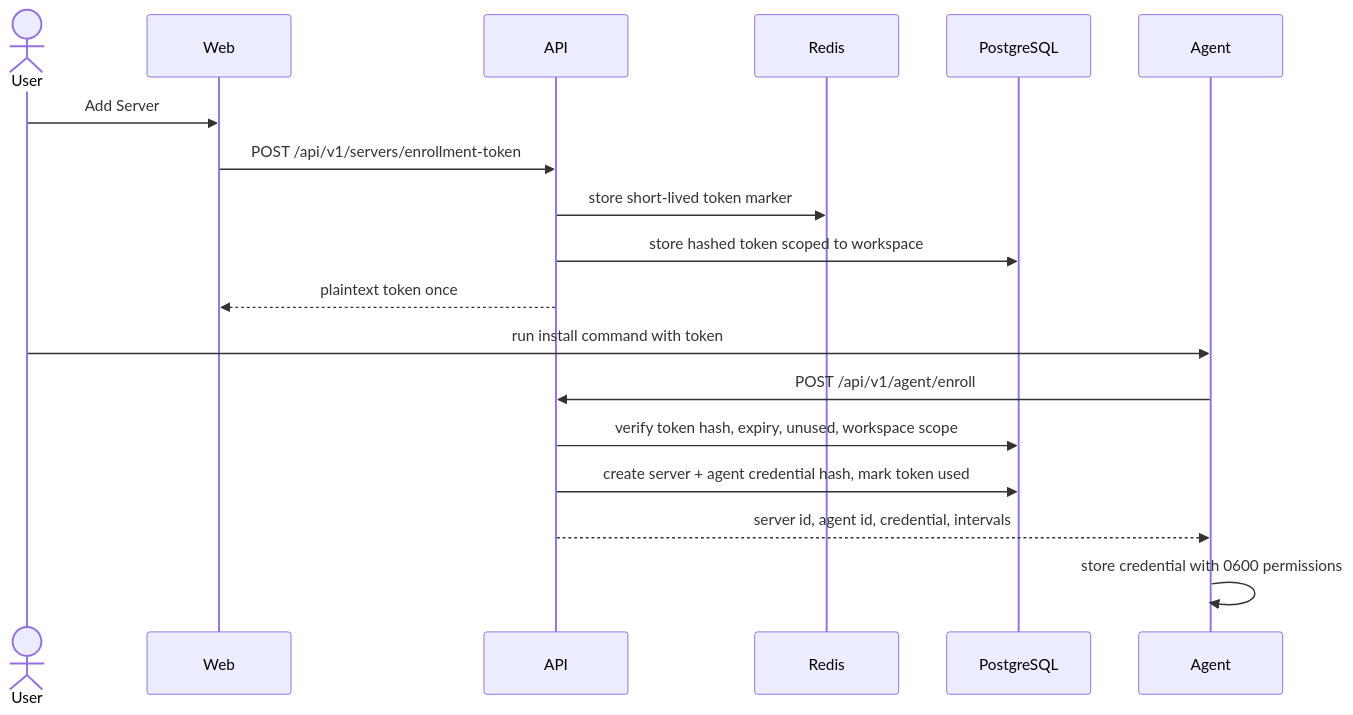
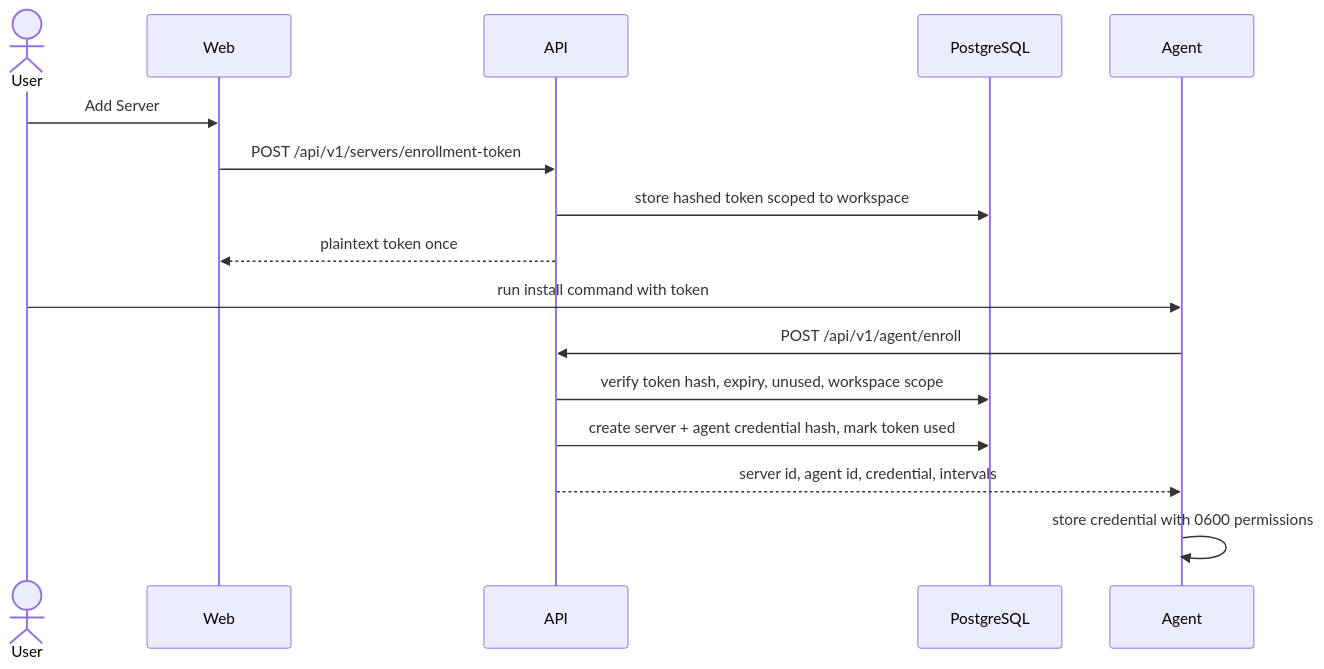
Before and after one commit to raffinauvall/noxwatch: the second of 4 diagrams in docs/architecture.md, drawn with Mermaid. The commit also changed other lines of this file and 7 other files, not shown here.

````diff
--- a/docs/architecture.md
+++ b/docs/architecture.md
@@ -31,21 +31,19 @@
 ```mermaid
 sequenceDiagram
   actor User
   participant Web
   participant API
-  participant Redis
   participant DB as PostgreSQL
   participant Agent
 
   User->>Web: Add Server
   Web->>API: POST /api/v1/servers/enrollment-token
-  API->>Redis: store short-lived token marker
   API->>DB: store hashed token scoped to workspace
   API-->>Web: plaintext token once
   User->>Agent: run install command with token
   Agent->>API: POST /api/v1/agent/enroll
   API->>DB: verify token hash, expiry, unused, workspace scope
   API->>DB: create server + agent credential hash, mark token used
   API-->>Agent: server id, agent id, credential, intervals
   Agent->>Agent: store credential with 0600 permissions
 ```
````
